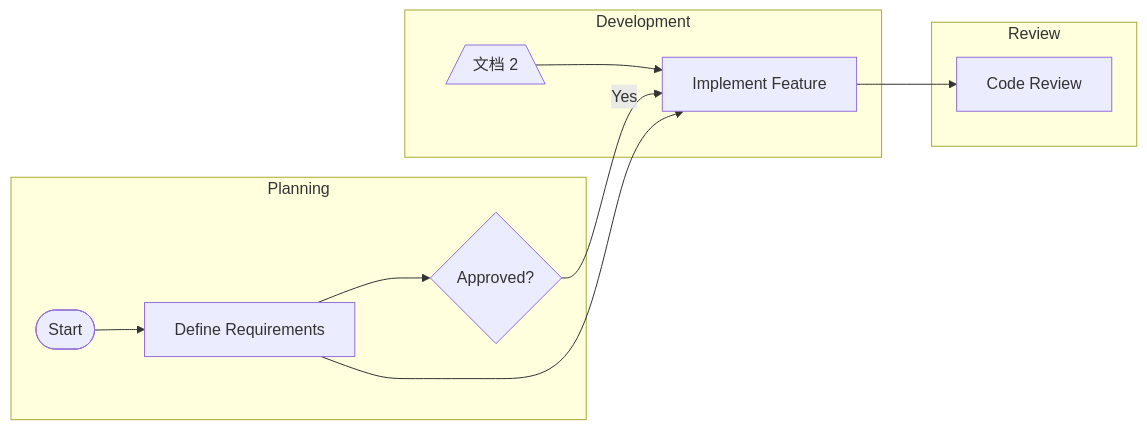
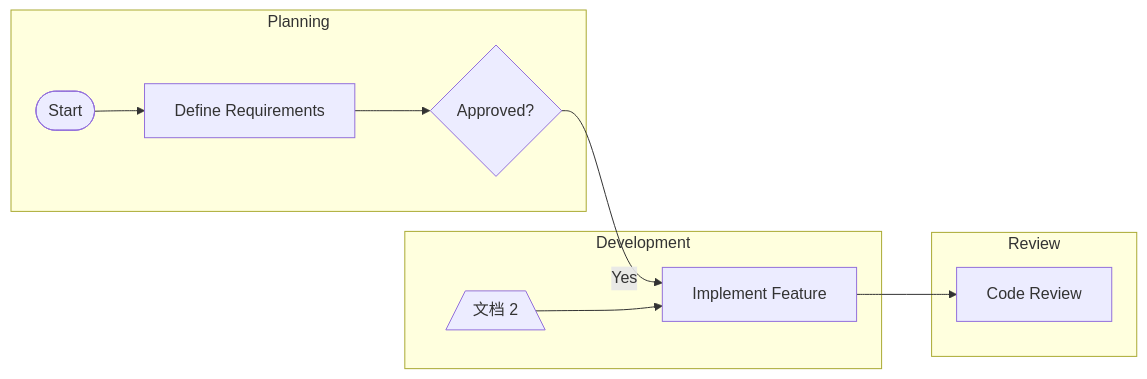
Before and after one commit to pingpm/mermaid_vault: the diagram in notes/123_db1c1734-f502-4c75-9e0f-54d0fdacbbeb.md, drawn with Mermaid. The commit also changed 2 other files, not shown here.

Commit message:
Sync Mermaid Studio data (9 diagrams)

````diff
--- a/notes/123_db1c1734-f502-4c75-9e0f-54d0fdacbbeb.md
+++ b/notes/123_db1c1734-f502-4c75-9e0f-54d0fdacbbeb.md
@@ -3,22 +3,21 @@
 ```mermaid
 graph LR
   subgraph lane_lane_1["Planning"]
     t_task_3{"Approved?"}
+    t_task_2["Define Requirements"]
     t_task_1(["Start"])
-    t_task_2["Define Requirements"]
   end
   subgraph lane_lane_2["Development"]
     t_bcb52ef5_1ab2_466e_a13e_b9249e2c2349[/"文档 2"\]
     t_task_4["Implement Feature"]
   end
   subgraph lane_lane_3["Review"]
     t_task_5["Code Review"]
   end
   t_task_1 --> t_task_2
   t_task_2 --> t_task_3
   t_task_3 -->|"Yes"| t_task_4
   t_bcb52ef5_1ab2_466e_a13e_b9249e2c2349 --> t_task_4
-  t_task_2 --> t_task_4
   t_task_4 --> t_task_5
 
 ```
````
